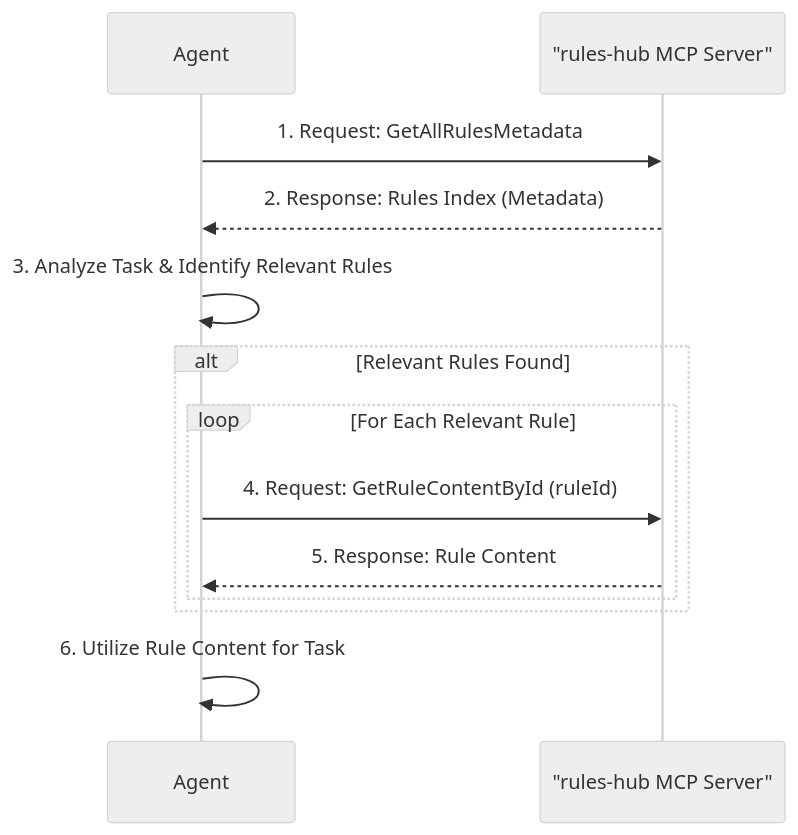
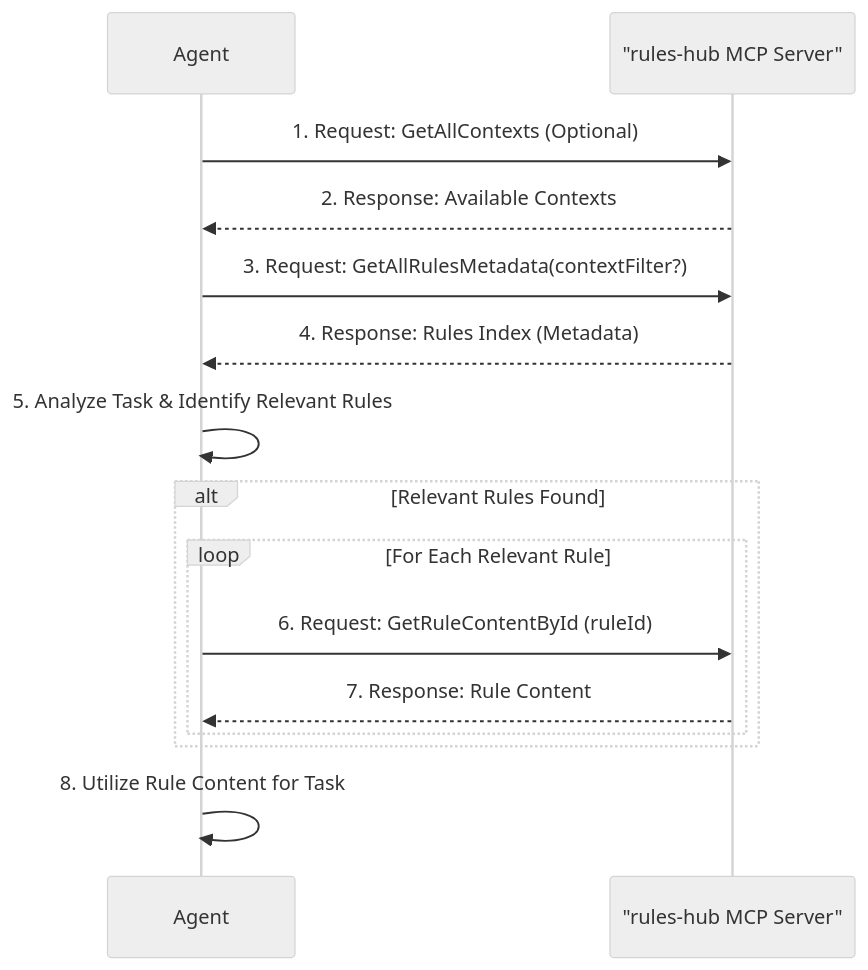
The diagram in README.md (oshvartz/ContextualAgentRulesHub), drawn with Mermaid (neutral theme) before and after one commit. The commit also changed other lines of this file and 7 other files, not shown here.

````diff
--- a/README.md
+++ b/README.md
@@ -24,16 +36,18 @@
 ```mermaid
 sequenceDiagram
     participant Agent
     participant RulesHubServer as "rules-hub MCP Server"
 
-    Agent->>RulesHubServer: 1. Request: GetAllRulesMetadata
-    RulesHubServer-->>Agent: 2. Response: Rules Index (Metadata)
-    Agent->>Agent: 3. Analyze Task & Identify Relevant Rules
+    Agent->>RulesHubServer: 1. Request: GetAllContexts (Optional)
+    RulesHubServer-->>Agent: 2. Response: Available Contexts
+    Agent->>RulesHubServer: 3. Request: GetAllRulesMetadata(contextFilter?)
+    RulesHubServer-->>Agent: 4. Response: Rules Index (Metadata)
+    Agent->>Agent: 5. Analyze Task & Identify Relevant Rules
     alt Relevant Rules Found
         loop For Each Relevant Rule
-            Agent->>RulesHubServer: 4. Request: GetRuleContentById (ruleId)
-            RulesHubServer-->>Agent: 5. Response: Rule Content
+            Agent->>RulesHubServer: 6. Request: GetRuleContentById (ruleId)
+            RulesHubServer-->>Agent: 7. Response: Rule Content
         end
     end
-    Agent->>Agent: 6. Utilize Rule Content for Task
+    Agent->>Agent: 8. Utilize Rule Content for Task
 ```
````
